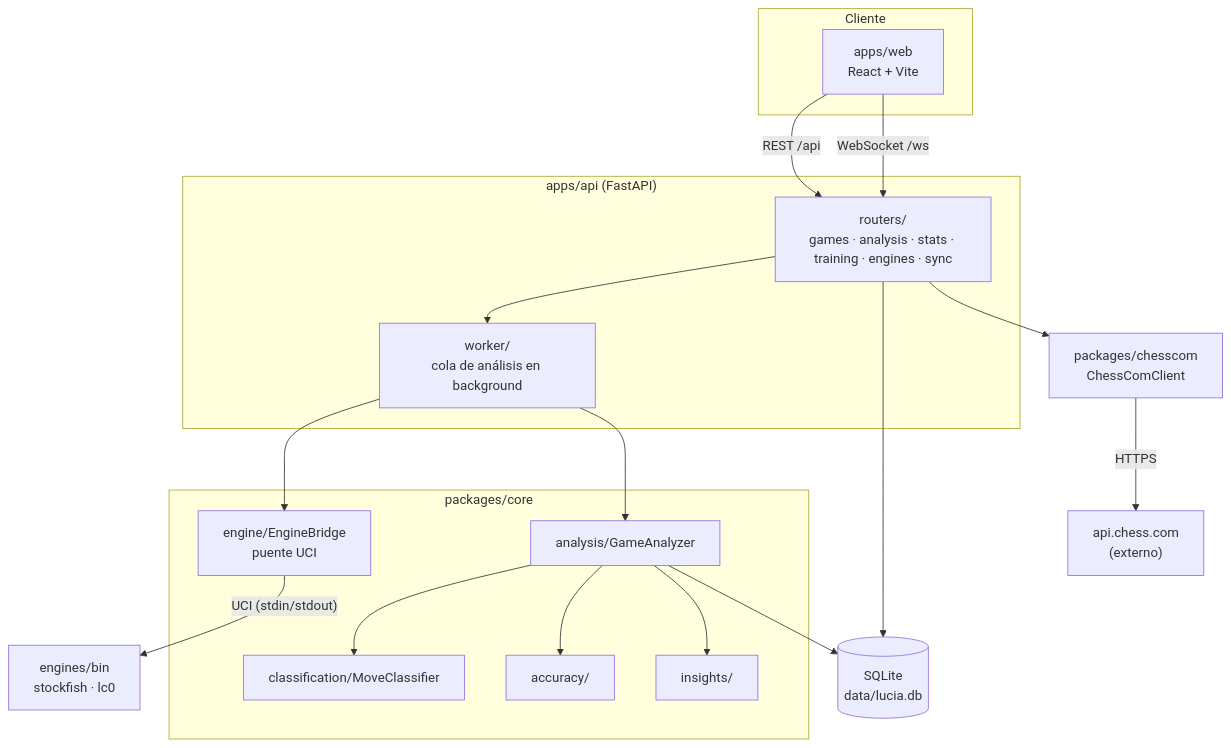
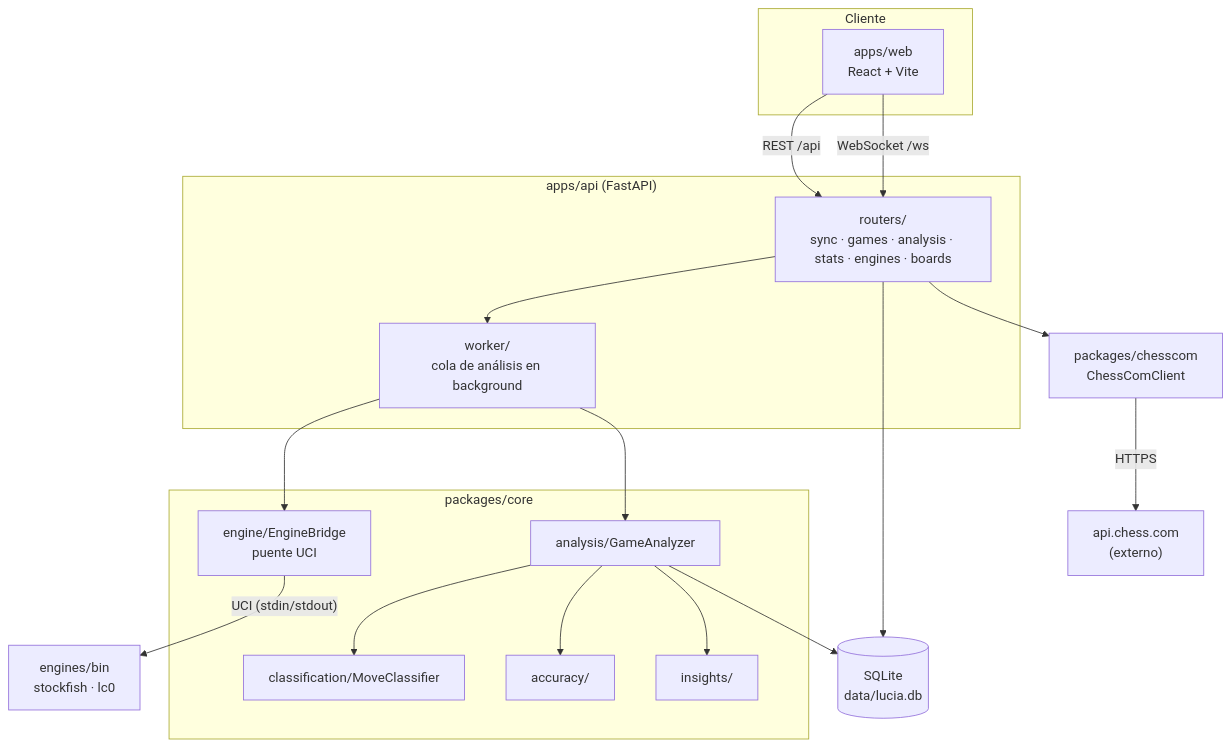
Before and after one commit to SirJsus/LUCIA: the first of 4 diagrams in docs/06-mapa-del-proyecto.md, drawn with Mermaid. The commit also changed other lines of this file and 79 other files, not shown here.

````diff
--- a/docs/06-mapa-del-proyecto.md
+++ b/docs/06-mapa-del-proyecto.md
@@ -22,38 +22,38 @@
 ```mermaid
 flowchart TB
     subgraph Cliente
         WEB["apps/web<br/>React + Vite"]
     end
 
     subgraph Servidor["apps/api (FastAPI)"]
-        ROUTERS["routers/<br/>games · analysis · stats · training · engines · sync"]
+        ROUTERS["routers/<br/>sync · games · analysis · stats · engines · boards"]
         WORKER["worker/<br/>cola de análisis en background"]
     end
 
     subgraph Nucleo["packages/core"]
         BRIDGE["engine/EngineBridge<br/>puente UCI"]
         ANALYSIS["analysis/GameAnalyzer"]
         CLASS["classification/MoveClassifier"]
         ACC["accuracy/"]
         INSIGHTS["insights/"]
     end
 
     CHESSCOM["packages/chesscom<br/>ChessComClient"]
     DB[("SQLite<br/>data/lucia.db")]
     ENGINES["engines/bin<br/>stockfish · lc0"]
     API_CHESSCOM["api.chess.com<br/>(externo)"]
 
     WEB -- "REST /api" --> ROUTERS
     WEB -- "WebSocket /ws" --> ROUTERS
     ROUTERS --> WORKER
     ROUTERS --> DB
     WORKER --> BRIDGE
     WORKER --> ANALYSIS
     ANALYSIS --> CLASS
     ANALYSIS --> ACC
     ANALYSIS --> INSIGHTS
     BRIDGE -- "UCI (stdin/stdout)" --> ENGINES
     ROUTERS --> CHESSCOM
     CHESSCOM -- "HTTPS" --> API_CHESSCOM
     ANALYSIS --> DB
 ```
````
